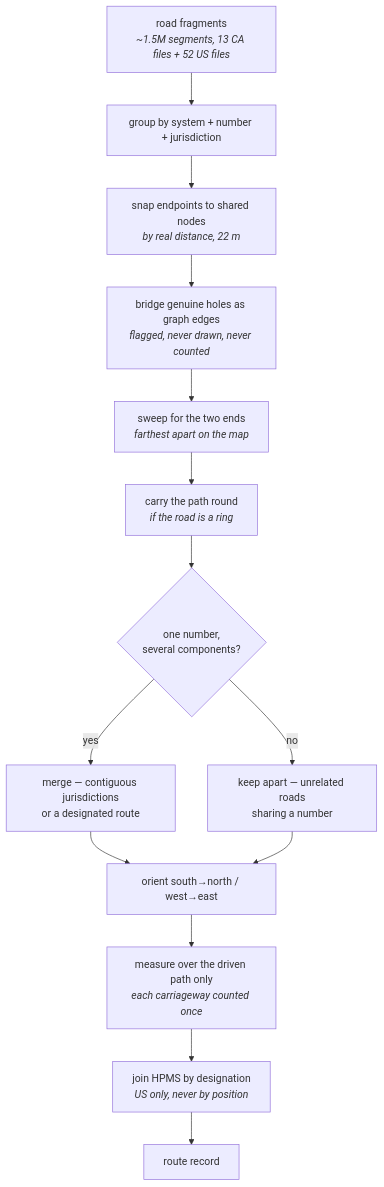
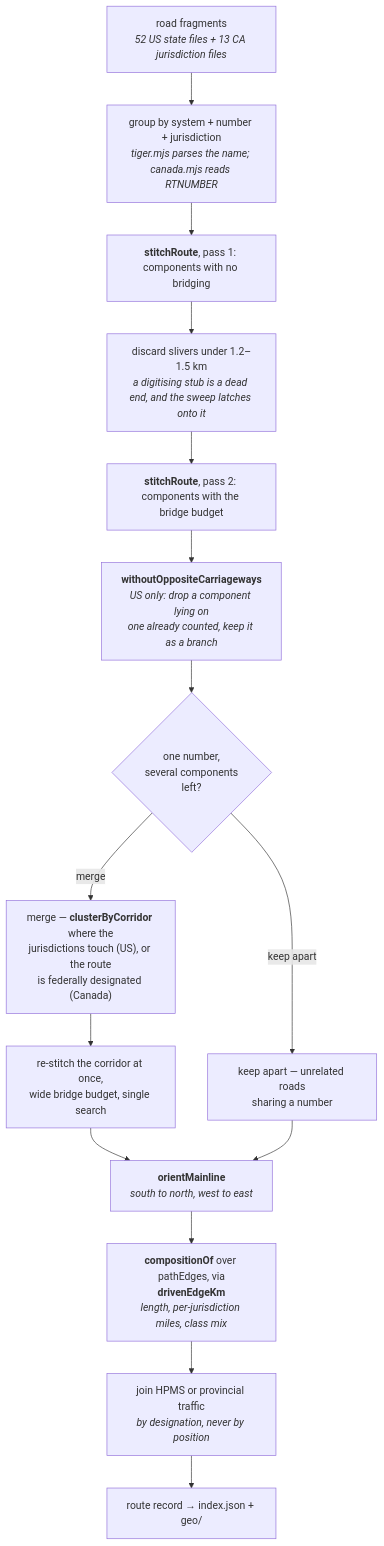
One commit to AndyUneducated/interstate-atlas changed the second of 5 diagrams in docs/ARCHITECTURE.md. Above: the diagram before and after it, drawn with Mermaid. The commit also changed other lines of this file and 4 other files, not shown here.

````diff
--- a/docs/ARCHITECTURE.md
+++ b/docs/ARCHITECTURE.md
@@ -107,21 +192,22 @@
 ```mermaid
 flowchart TD
-  A["road fragments<br/><i>~1.5M segments, 13 CA files + 52 US files</i>"]
-  B["group by system + number + jurisdiction"]
-  C["snap endpoints to shared nodes<br/><i>by real distance, 22 m</i>"]
-  D["bridge genuine holes as graph edges<br/><i>flagged, never drawn, never counted</i>"]
-  E["sweep for the two ends<br/><i>farthest apart on the map</i>"]
-  E2["carry the path round<br/><i>if the road is a ring</i>"]
-  F{"one number,<br/>several components?"}
-  G["merge — contiguous jurisdictions<br/>or a designated route"]
-  H["keep apart — unrelated roads<br/>sharing a number"]
-  I["orient south→north / west→east"]
-  J["measure over the driven path only<br/><i>each carriageway counted once</i>"]
-  K["route record"]
-  L["join HPMS by designation<br/><i>US only, never by position</i>"]
+  A["road fragments<br/><i>52 US state files + 13 CA jurisdiction files</i>"]
+  B["group by system + number + jurisdiction<br/><i>tiger.mjs parses the name; canada.mjs reads RTNUMBER</i>"]
+  C["<b>stitchRoute</b>, pass 1: components with no bridging"]
+  D["discard slivers under 1.2–1.5 km<br/><i>a digitising stub is a dead end, and the sweep latches onto it</i>"]
+  E["<b>stitchRoute</b>, pass 2: components with the bridge budget"]
+  F["<b>withoutOppositeCarriageways</b><br/><i>US only: drop a component lying on<br/>one already counted, keep it as a branch</i>"]
+  G{"one number,<br/>several components<br/>left?"}
+  H["merge — <b>clusterByCorridor</b> where the<br/>jurisdictions touch (US), or the route<br/>is federally designated (Canada)"]
+  I["keep apart — unrelated roads<br/>sharing a number"]
+  J["re-stitch the corridor at once,<br/>wide bridge budget, single search"]
+  K["<b>orientMainline</b><br/><i>south to north, west to east</i>"]
+  L["<b>compositionOf</b> over pathEdges, via<br/><b>drivenEdgeKm</b><br/><i>length, per-jurisdiction miles, class mix</i>"]
+  M["join HPMS or provincial traffic<br/><i>by designation, never by position</i>"]
+  N["route record → index.json + geo/"]
 
-  A --> B --> C --> D --> E --> E2 --> F
-  F -->|yes| G --> I
-  F -->|no| H --> I
-  I --> J --> L --> K
+  A --> B --> C --> D --> E --> F --> G
+  G -->|"merge"| H --> J --> K
+  G -->|"keep apart"| I --> K
+  K --> L --> M --> N
 ```
````
